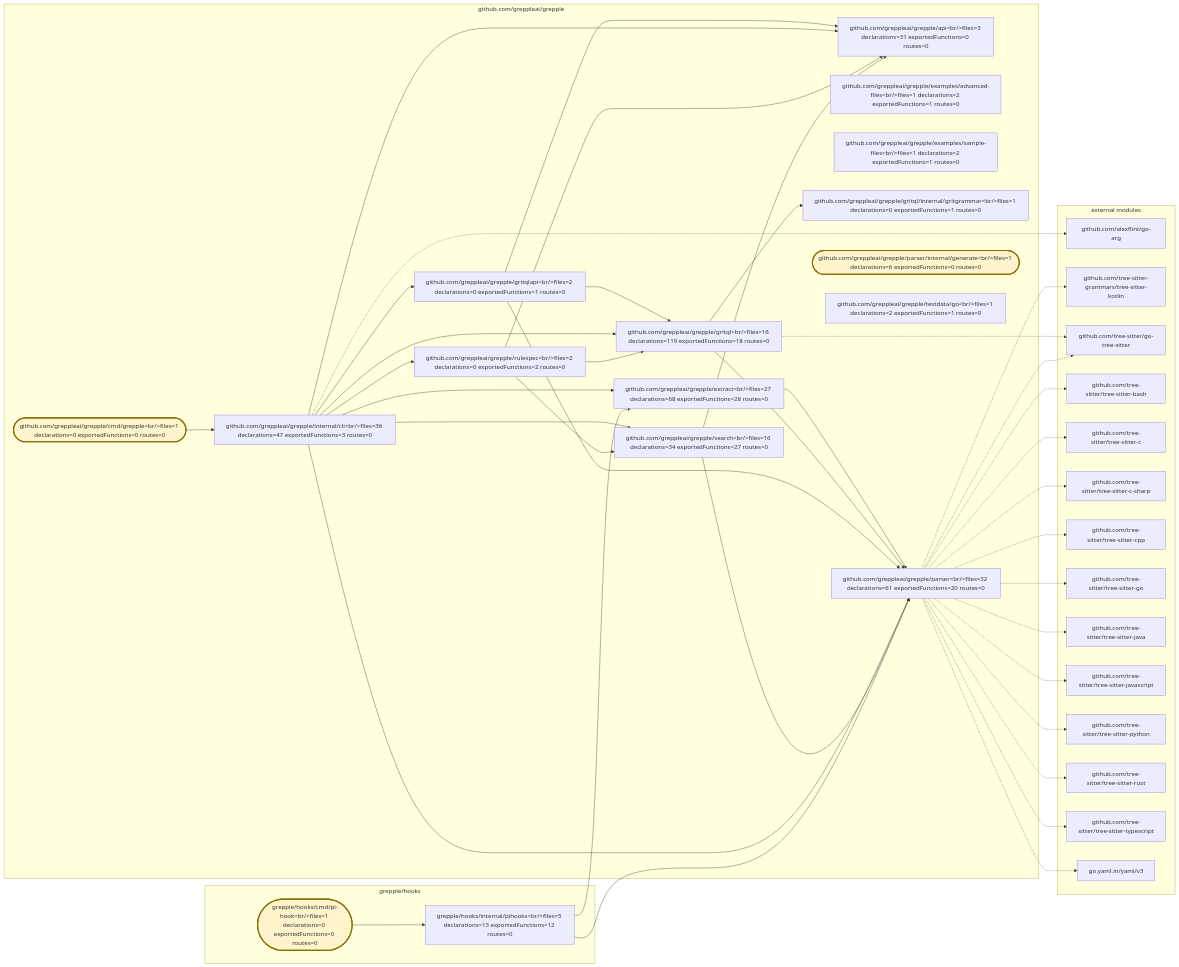
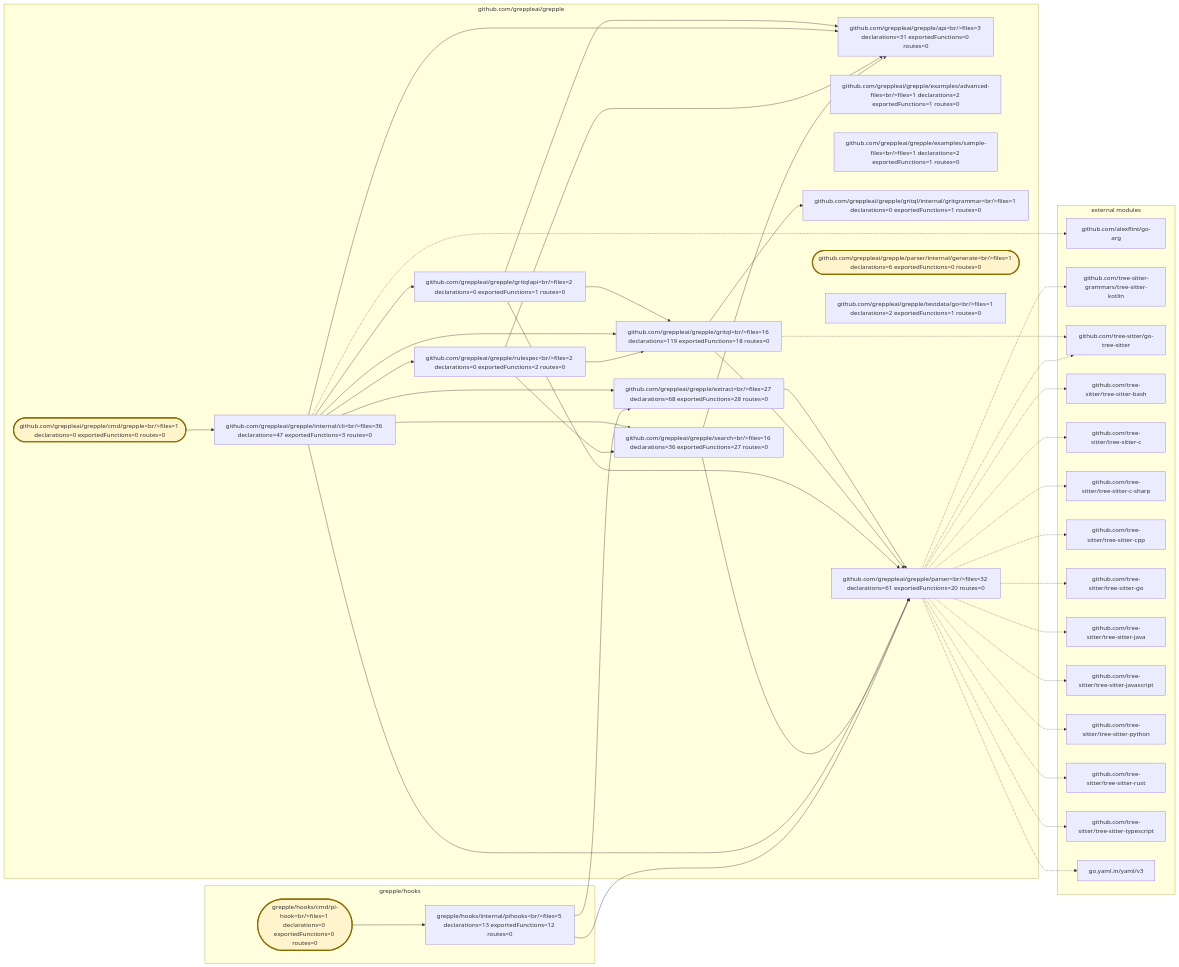
The diagram in .grepple/project.workspace/overview.mmd (greppleai/grepple), drawn with Mermaid before and after one commit. The commit also changed 12 other files, not shown here.

```diff
--- a/.grepple/project.workspace/overview.mmd
+++ b/.grepple/project.workspace/overview.mmd
@@ -1,78 +1,78 @@
 flowchart LR
     classDef entrypoint fill:#fff4cc,stroke:#8a6d00,stroke-width:3px
     subgraph module_0["github.com/greppleai/grepple"]
         package_0["github.com/greppleai/grepple/api&lt;br/&gt;files=3 declarations=31 exportedFunctions=0 routes=0"]
         package_1(["github.com/greppleai/grepple/cmd/grepple&lt;br/&gt;files=1 declarations=0 exportedFunctions=0 routes=0"])
         class package_1 entrypoint
         package_2["github.com/greppleai/grepple/examples/advanced-files&lt;br/&gt;files=1 declarations=2 exportedFunctions=1 routes=0"]
         package_3["github.com/greppleai/grepple/examples/sample-files&lt;br/&gt;files=1 declarations=2 exportedFunctions=1 routes=0"]
         package_4["github.com/greppleai/grepple/extract&lt;br/&gt;files=27 declarations=68 exportedFunctions=28 routes=0"]
         package_5["github.com/greppleai/grepple/gritql&lt;br/&gt;files=16 declarations=119 exportedFunctions=18 routes=0"]
         package_6["github.com/greppleai/grepple/gritql/internal/gritgrammar&lt;br/&gt;files=1 declarations=0 exportedFunctions=1 routes=0"]
         package_7["github.com/greppleai/grepple/gritqlapi&lt;br/&gt;files=2 declarations=0 exportedFunctions=1 routes=0"]
         package_8["github.com/greppleai/grepple/internal/cli&lt;br/&gt;files=36 declarations=47 exportedFunctions=3 routes=0"]
         package_9["github.com/greppleai/grepple/parser&lt;br/&gt;files=32 declarations=61 exportedFunctions=20 routes=0"]
         package_10(["github.com/greppleai/grepple/parser/internal/generate&lt;br/&gt;files=1 declarations=6 exportedFunctions=0 routes=0"])
         class package_10 entrypoint
         package_11["github.com/greppleai/grepple/rulespec&lt;br/&gt;files=2 declarations=0 exportedFunctions=2 routes=0"]
-        package_12["github.com/greppleai/grepple/search&lt;br/&gt;files=16 declarations=34 exportedFunctions=27 routes=0"]
+        package_12["github.com/greppleai/grepple/search&lt;br/&gt;files=16 declarations=36 exportedFunctions=27 routes=0"]
         package_13["github.com/greppleai/grepple/testdata/go&lt;br/&gt;files=1 declarations=2 exportedFunctions=1 routes=0"]
     end
     subgraph module_1["grepple/hooks"]
         package_14(["grepple/hooks/cmd/pi-hook&lt;br/&gt;files=1 declarations=0 exportedFunctions=0 routes=0"])
         class package_14 entrypoint
         package_15["grepple/hooks/internal/pihooks&lt;br/&gt;files=5 declarations=13 exportedFunctions=12 routes=0"]
     end
     package_1 --> package_8
     package_4 --> package_9
     package_5 --> package_6
     package_5 --> package_9
     package_7 --> package_0
     package_7 --> package_5
     package_7 --> package_9
     package_8 --> package_0
     package_8 --> package_4
     package_8 --> package_5
     package_8 --> package_7
     package_8 --> package_9
     package_8 --> package_11
     package_8 --> package_12
     package_11 --> package_0
     package_11 --> package_5
     package_11 --> package_12
     package_12 --> package_0
     package_12 --> package_9
     package_14 --> package_15
     package_15 --> package_4
     package_15 --> package_9
     subgraph external_dependencies["external modules"]
         external_0["github.com/alexflint/go-arg"]
         external_1["github.com/tree-sitter-grammars/tree-sitter-kotlin"]
         external_2["github.com/tree-sitter/go-tree-sitter"]
         external_3["github.com/tree-sitter/tree-sitter-bash"]
         external_4["github.com/tree-sitter/tree-sitter-c"]
         external_5["github.com/tree-sitter/tree-sitter-c-sharp"]
         external_6["github.com/tree-sitter/tree-sitter-cpp"]
         external_7["github.com/tree-sitter/tree-sitter-go"]
         external_8["github.com/tree-sitter/tree-sitter-java"]
         external_9["github.com/tree-sitter/tree-sitter-javascript"]
         external_10["github.com/tree-sitter/tree-sitter-python"]
         external_11["github.com/tree-sitter/tree-sitter-rust"]
         external_12["github.com/tree-sitter/tree-sitter-typescript"]
         external_13["go.yaml.in/yaml/v3"]
     end
     package_8 -.-> external_0
     package_9 -.-> external_1
     package_5 -.-> external_2
     package_9 -.-> external_2
     package_9 -.-> external_3
     package_9 -.-> external_4
     package_9 -.-> external_5
     package_9 -.-> external_6
     package_9 -.-> external_7
     package_9 -.-> external_8
     package_9 -.-> external_9
     package_9 -.-> external_10
     package_9 -.-> external_11
     package_9 -.-> external_12
     package_9 -.-> external_13
```
